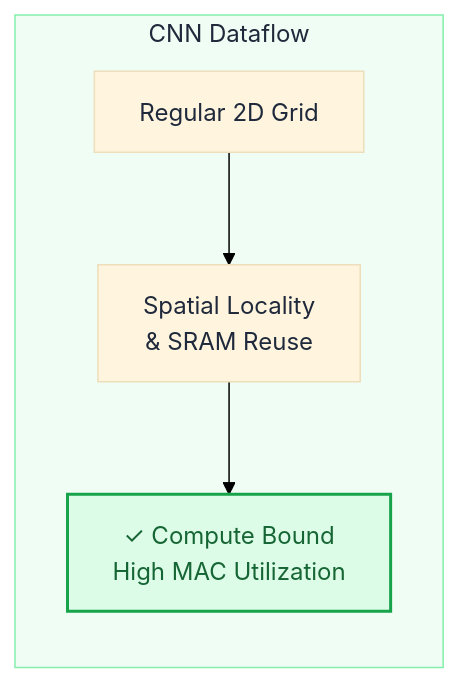
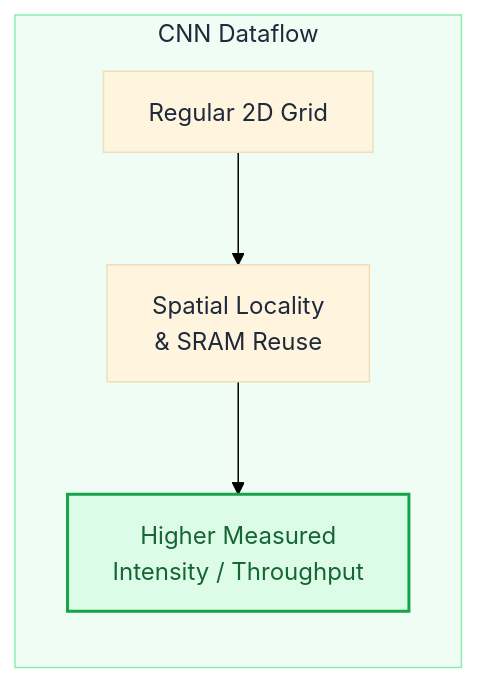
The first of 2 diagrams in showcase/slides.md (yusufarbc/intel-npu-gnn-benchmarking), drawn with Mermaid before and after one commit. The commit also changed other lines of this file and 13 other files, not shown here.

````diff
--- a/showcase/slides.md
+++ b/showcase/slides.md
@@ -171,11 +171,11 @@
 ```mermaid {scale: 0.75}
 %%{init: {"theme": "base", "themeVariables": {"titleColor": "#1e293b", "textColor": "#1e293b", "primaryTextColor": "#1e293b", "background": "#ffffff"}}}%%
 graph TB
   subgraph Dense[CNN Dataflow]
     direction TB
     A[Regular 2D Grid] --> B[Spatial Locality<br/>& SRAM Reuse]
-    B --> C[✓ Compute Bound<br/>High MAC Utilization]
+    B --> C[Higher Measured<br/>Intensity / Throughput]
   end
   style C fill:#dcfce7,stroke:#16a34a,stroke-width:2px,color:#166534
   style Dense fill:#f0fdf4,stroke:#86efac,stroke-width:1px
 ```
````
